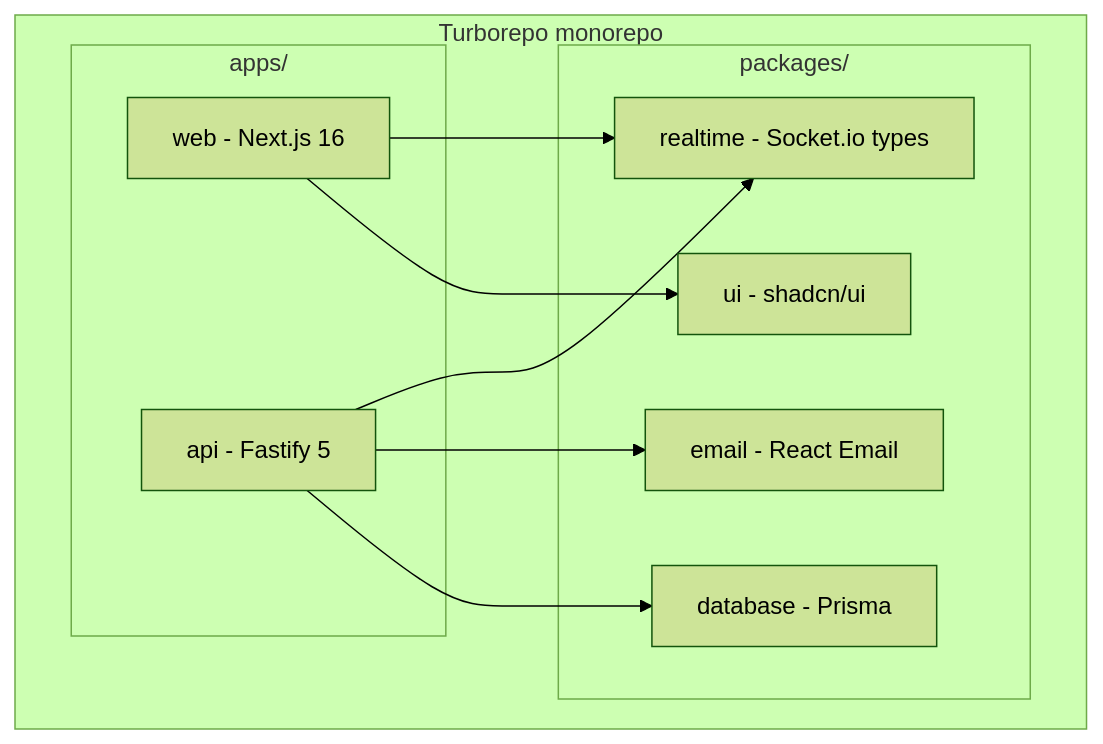
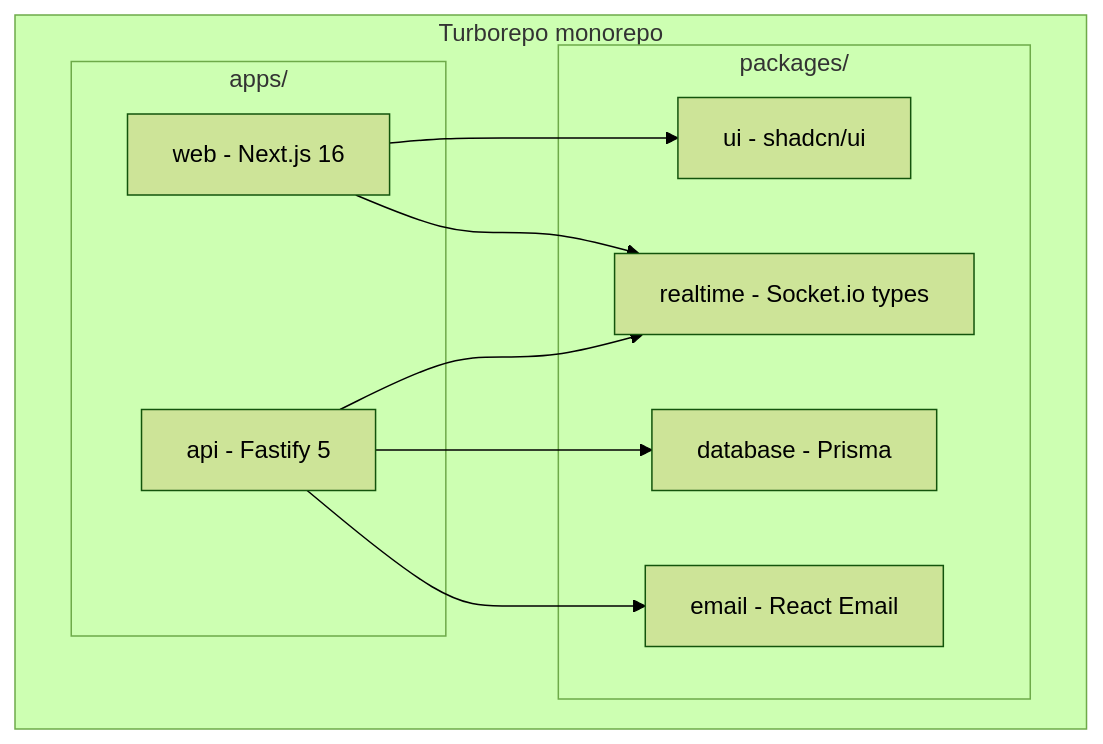
The fifth of 15 diagrams in BOOK.en.md (felipefontoura/spec-driven-development-book), drawn with Mermaid (forest theme) before and after one commit. The commit also changed other lines of this file and 1 other file, not shown here.

````diff
--- a/BOOK.en.md
+++ b/BOOK.en.md
@@ -801,24 +840,24 @@
 ```mermaid
 flowchart TB
     subgraph MONO["Turborepo monorepo"]
         subgraph APPS["apps/"]
             WEB["web - Next.js 16"]
             API["api - Fastify 5"]
         end
         subgraph PKGS["packages/"]
             UI["ui - shadcn/ui"]
+            RT["realtime - Socket.io types"]
             DB["database - Prisma"]
             EMAIL["email - React Email"]
-            RT["realtime - Socket.io types"]
         end
     end
 
     WEB --> UI
+    WEB --> RT
+    API --> RT
     API --> DB
     API --> EMAIL
-    WEB --> RT
-    API --> RT
 
     class WEB,API accent;
     class UI,DB,EMAIL,RT neutral;
 ```
````
